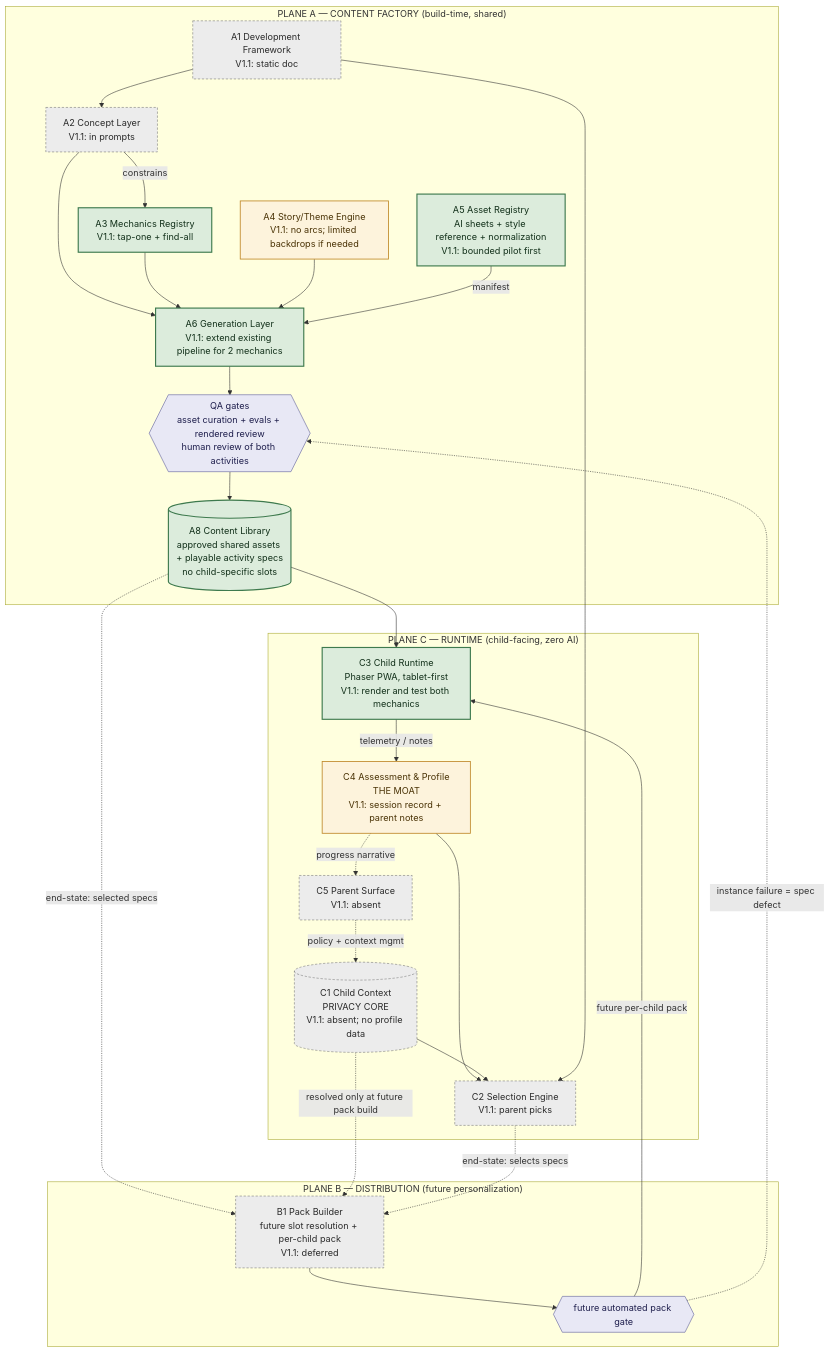
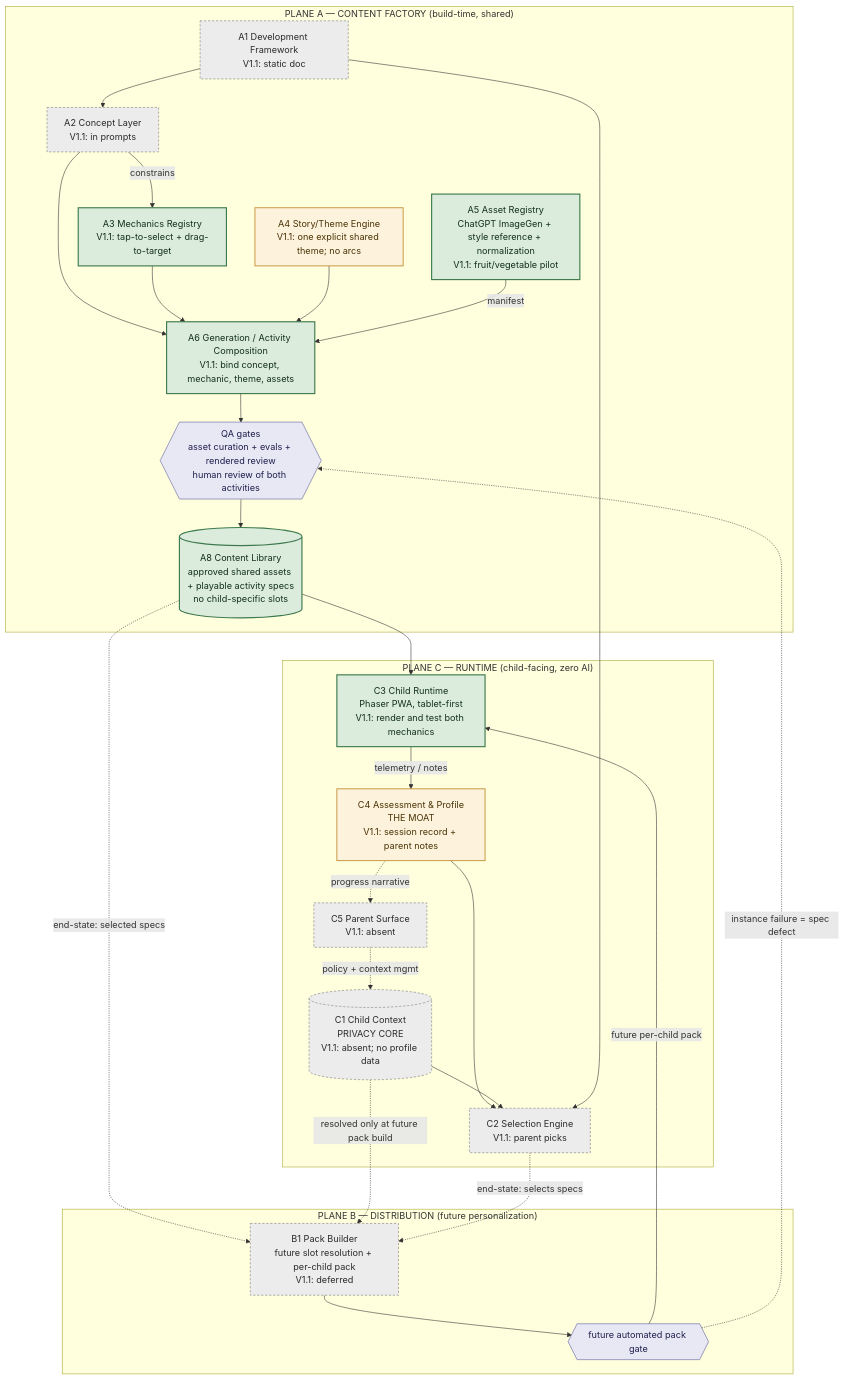
One commit to ajayrajen7/bloom changed the diagram in BLOOM_V1_ARCHITECTURE_CANONICAL.mermaid. Above: the diagram before and after it, drawn with Mermaid. The commit also changed 181 other files, not shown here.

Commit message:
feat: ship engaging kitchen activity pilot

```diff
--- a/BLOOM_V1_ARCHITECTURE_CANONICAL.mermaid
+++ b/BLOOM_V1_ARCHITECTURE_CANONICAL.mermaid
@@ -1,50 +1,50 @@
 flowchart TB
     subgraph FACTORY["PLANE A — CONTENT FACTORY (build-time, shared)"]
         A1["A1 Development Framework<br/>V1.1: static doc"]:::stub
         A2["A2 Concept Layer<br/>V1.1: in prompts"]:::stub
-        A3["A3 Mechanics Registry<br/>V1.1: tap-one + find-all"]:::built
-        A4["A4 Story/Theme Engine<br/>V1.1: no arcs; limited backdrops if needed"]:::thin
-        A5["A5 Asset Registry<br/>AI sheets + style reference + normalization<br/>V1.1: bounded pilot first"]:::built
-        A6["A6 Generation Layer<br/>V1.1: extend existing pipeline for 2 mechanics"]:::built
+        A3["A3 Mechanics Registry<br/>V1.1: tap-to-select + drag-to-target"]:::built
+        A4["A4 Story/Theme Engine<br/>V1.1: one explicit shared theme; no arcs"]:::thin
+        A5["A5 Asset Registry<br/>ChatGPT ImageGen + style reference + normalization<br/>V1.1: fruit/vegetable pilot"]:::built
+        A6["A6 Generation / Activity Composition<br/>V1.1: bind concept, mechanic, theme, assets"]:::built
         G1{{"QA gates<br/>asset curation + evals + rendered review<br/>human review of both activities"}}:::gate
         A8[("A8 Content Library<br/>approved shared assets + playable activity specs<br/>no child-specific slots")]:::built
 
         A1 --> A2
         A2 -- constrains --> A3
         A2 --> A6
         A3 --> A6
         A4 --> A6
         A5 -- manifest --> A6
         A6 --> G1 --> A8
     end
 
     subgraph DIST["PLANE B — DISTRIBUTION (future personalization)"]
         B1["B1 Pack Builder<br/>future slot resolution + per-child pack<br/>V1.1: deferred"]:::stub
         G2{{"future automated pack gate"}}:::gate
     end
 
     subgraph RUNTIME["PLANE C — RUNTIME (child-facing, zero AI)"]
         C1[("C1 Child Context<br/>PRIVACY CORE<br/>V1.1: absent; no profile data")]:::stub
         C2["C2 Selection Engine<br/>V1.1: parent picks"]:::stub
         C3["C3 Child Runtime<br/>Phaser PWA, tablet-first<br/>V1.1: render and test both mechanics"]:::built
         C4["C4 Assessment & Profile<br/>THE MOAT<br/>V1.1: session record + parent notes"]:::thin
         C5["C5 Parent Surface<br/>V1.1: absent"]:::stub
     end
 
     A8 --> C3
     A8 -. end-state: selected specs .-> B1
     C1 -. resolved only at future pack build .-> B1
     B1 --> G2 -- future per-child pack --> C3
     C3 -- telemetry / notes --> C4
     C4 --> C2
     C1 --> C2
     A1 --> C2
     C2 -. end-state: selects specs .-> B1
     C4 -. progress narrative .-> C5
     C5 -. policy + context mgmt .-> C1
     G2 -. instance failure = spec defect .-> G1
 
     classDef built fill:#dcecdc,stroke:#3e7a4e,stroke-width:2px,color:#12301a
     classDef thin fill:#fdf3dc,stroke:#c08a2d,stroke-width:1.5px,color:#4a3306
     classDef stub fill:#ececec,stroke:#777777,stroke-dasharray: 4 3,color:#2b2b2b
     classDef gate fill:#e8e8f5,stroke:#5a5a99,color:#1f1f4d
```
